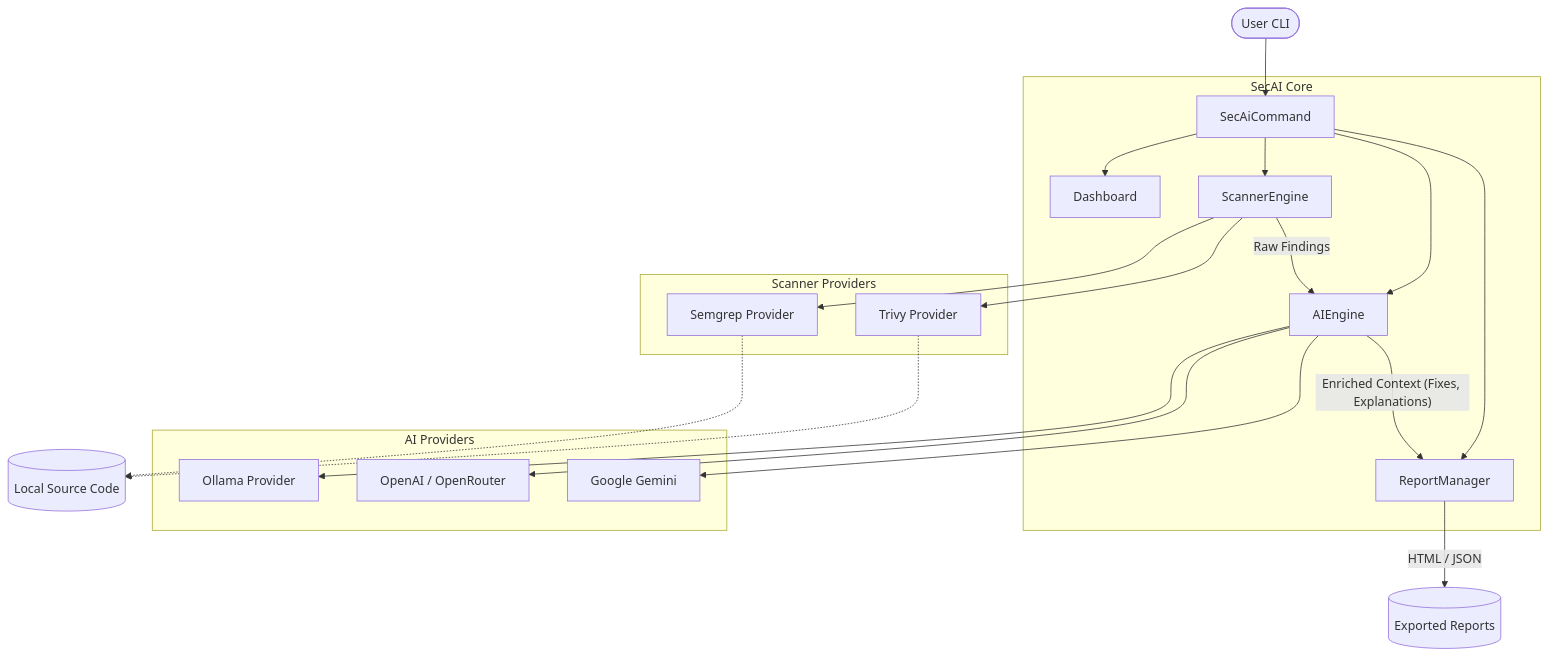
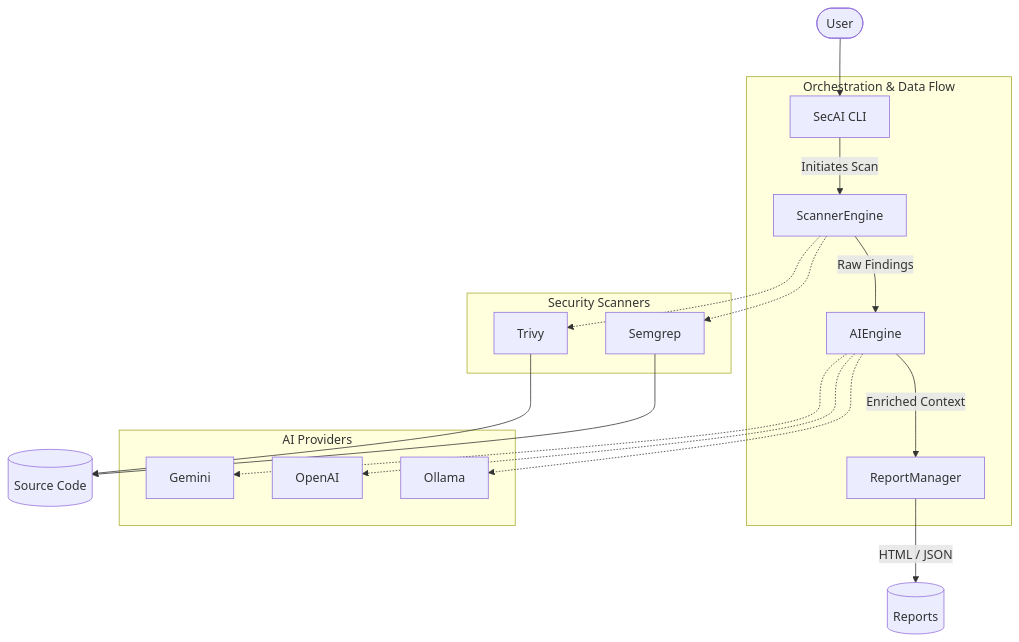
One commit to SecAI-Cam/SecAI changed the diagram in README.md. Above: the diagram before and after it, drawn with Mermaid.

Commit message:
docs: clean up mermaid architecture diagram layout

````diff
--- a/README.md
+++ b/README.md
@@ -48,29 +48,26 @@
 ```mermaid
 flowchart TD
-    User([User CLI]) --> SecAiCommand
+    User([User]) --> SecAiCommand[SecAI CLI]
 
-    subgraph SecAI Core
-        SecAiCommand --> Dashboard
-        SecAiCommand --> ScannerEngine
-        SecAiCommand --> AIEngine
-        SecAiCommand --> ReportManager
+    subgraph "Orchestration & Data Flow"
+        SecAiCommand --> |Initiates Scan| ScannerEngine
+        ScannerEngine -- "Raw Findings" --> AIEngine
+        AIEngine -- "Enriched Context" --> ReportManager
+    end
+    
+    subgraph "Security Scanners"
+        ScannerEngine -.-> Semgrep
+        ScannerEngine -.-> Trivy
     end
 
-    subgraph Scanner Providers
-        ScannerEngine --> Semgrep[Semgrep Provider]
-        ScannerEngine --> Trivy[Trivy Provider]
+    subgraph "AI Providers"
+        AIEngine -.-> Ollama
+        AIEngine -.-> OpenAI
+        AIEngine -.-> Gemini
     end
 
-    subgraph AI Providers
-        AIEngine --> Ollama[Ollama Provider]
-        AIEngine --> OpenAI[OpenAI / OpenRouter]
-        AIEngine --> Gemini[Google Gemini]
-    end
+    Semgrep --> CodeBase[(Source Code)]
+    Trivy --> CodeBase
 
-    Semgrep -.-> CodeBase[(Local Source Code)]
-    Trivy -.-> CodeBase
-
-    ScannerEngine -- "Raw Findings" --> AIEngine
-    AIEngine -- "Enriched Context (Fixes, Explanations)" --> ReportManager
-    ReportManager -- "HTML / JSON" --> Output[(Exported Reports)]
+    ReportManager -- "HTML / JSON" --> Output[(Reports)]
 ```
````
